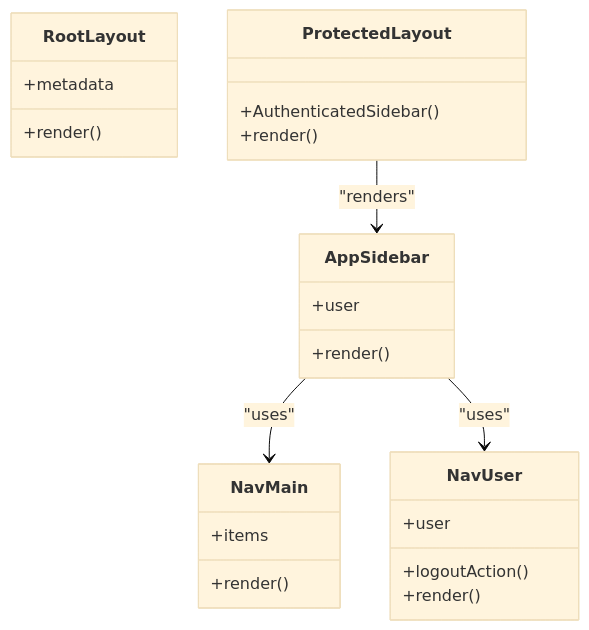
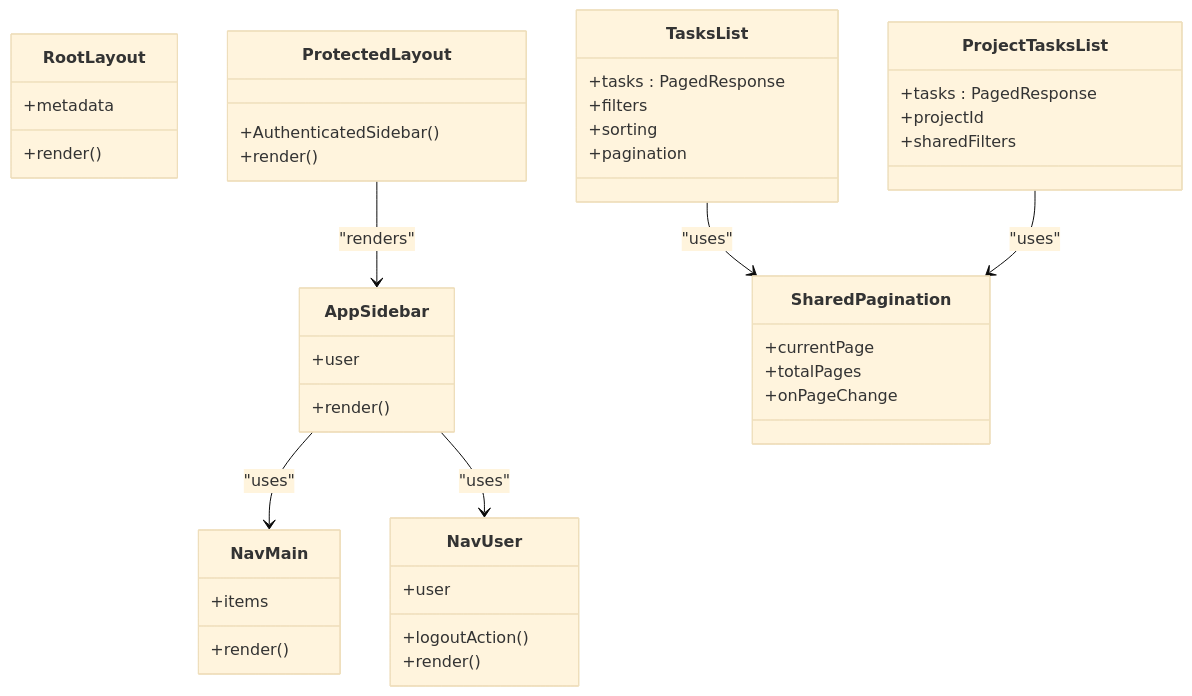
One commit to jejejesus/TaskFlow changed the third of 5 diagrams in .qoder/repowiki/en/content/Frontend Architecture/Frontend Architecture.md. Above: the diagram before and after it, drawn with Mermaid (base theme). The commit also changed other lines of this file and 21 other files, not shown here.

````diff
--- a/.qoder/repowiki/en/content/Frontend Architecture/Frontend Architecture.md
+++ b/.qoder/repowiki/en/content/Frontend Architecture/Frontend Architecture.md
@@ -208,27 +258,45 @@
 ```mermaid
 classDiagram
 class RootLayout {
 +metadata
 +render()
 }
 class ProtectedLayout {
 +AuthenticatedSidebar()
 +render()
 }
 class AppSidebar {
 +user
 +render()
 }
 class NavMain {
 +items
 +render()
 }
 class NavUser {
 +user
 +logoutAction()
 +render()
 }
+class TasksList {
++tasks : PagedResponse<TaskResponse>
++filters
++sorting
++pagination
+}
+class ProjectTasksList {
++tasks : PagedResponse<TaskResponse>
++projectId
++sharedFilters
+}
+class SharedPagination {
++currentPage
++totalPages
++onPageChange
+}
 ProtectedLayout --> AppSidebar : "renders"
 AppSidebar --> NavMain : "uses"
 AppSidebar --> NavUser : "uses"
+TasksList --> SharedPagination : "uses"
+ProjectTasksList --> SharedPagination : "uses"
 ```
````
